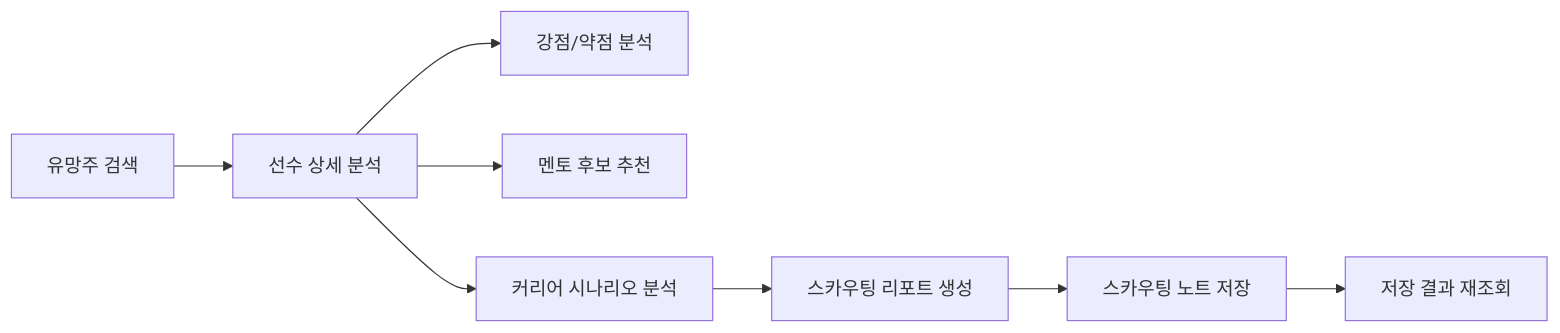
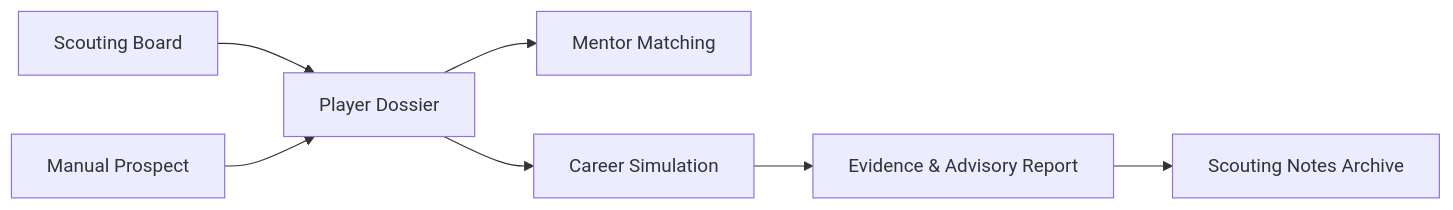
One commit to NoHeonYOung/NEXT-LEGEND-FINDER changed the diagram in README.md. Above: the diagram before and after it, drawn with Mermaid. The commit also changed other lines of this file, not shown here.

````diff
--- a/README.md
+++ b/README.md
@@ -44,10 +120,9 @@
 ```mermaid
 flowchart LR
-    A[유망주 검색] --> B[선수 상세 분석]
-    B --> C[강점/약점 분석]
-    B --> D[멘토 후보 추천]
-    B --> E[커리어 시나리오 분석]
-    E --> F[스카우팅 리포트 생성]
-    F --> G[스카우팅 노트 저장]
-    G --> H[저장 결과 재조회]
+    A[Scouting Board] --> B[Player Dossier]
+    B --> C[Mentor Matching]
+    B --> D[Career Simulation]
+    D --> E[Evidence & Advisory Report]
+    E --> F[Scouting Notes Archive]
+    G[Manual Prospect] --> B
 ```
````
